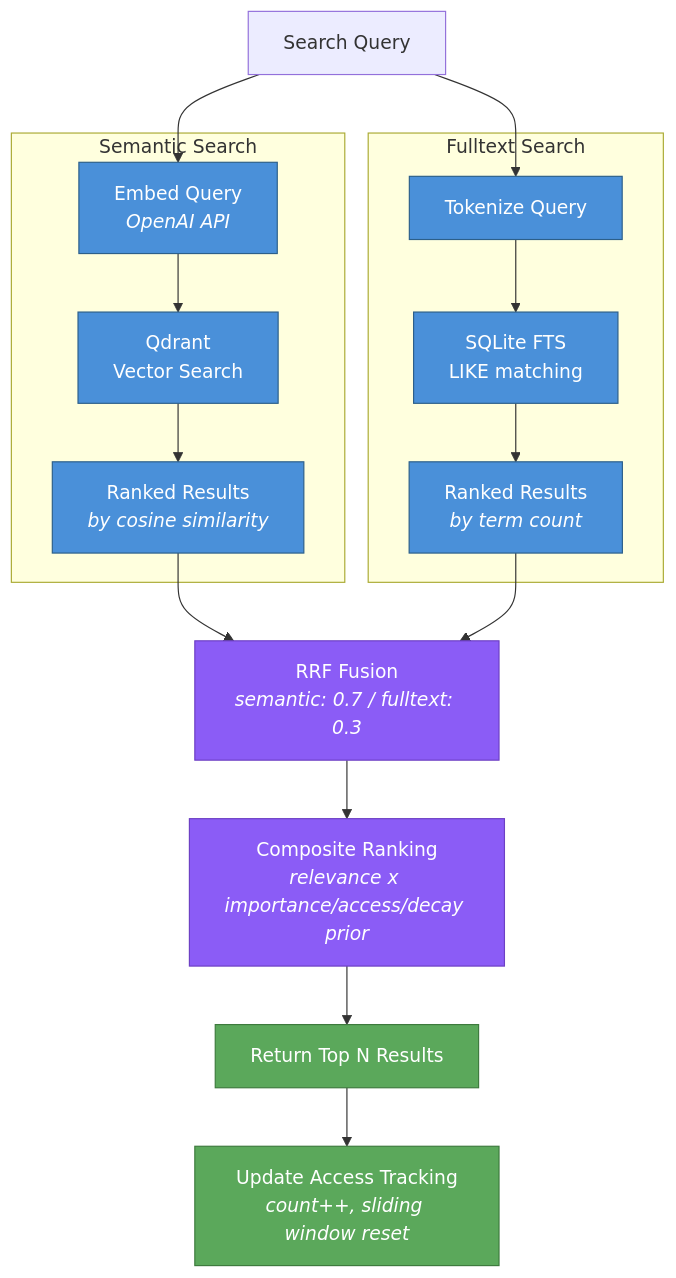
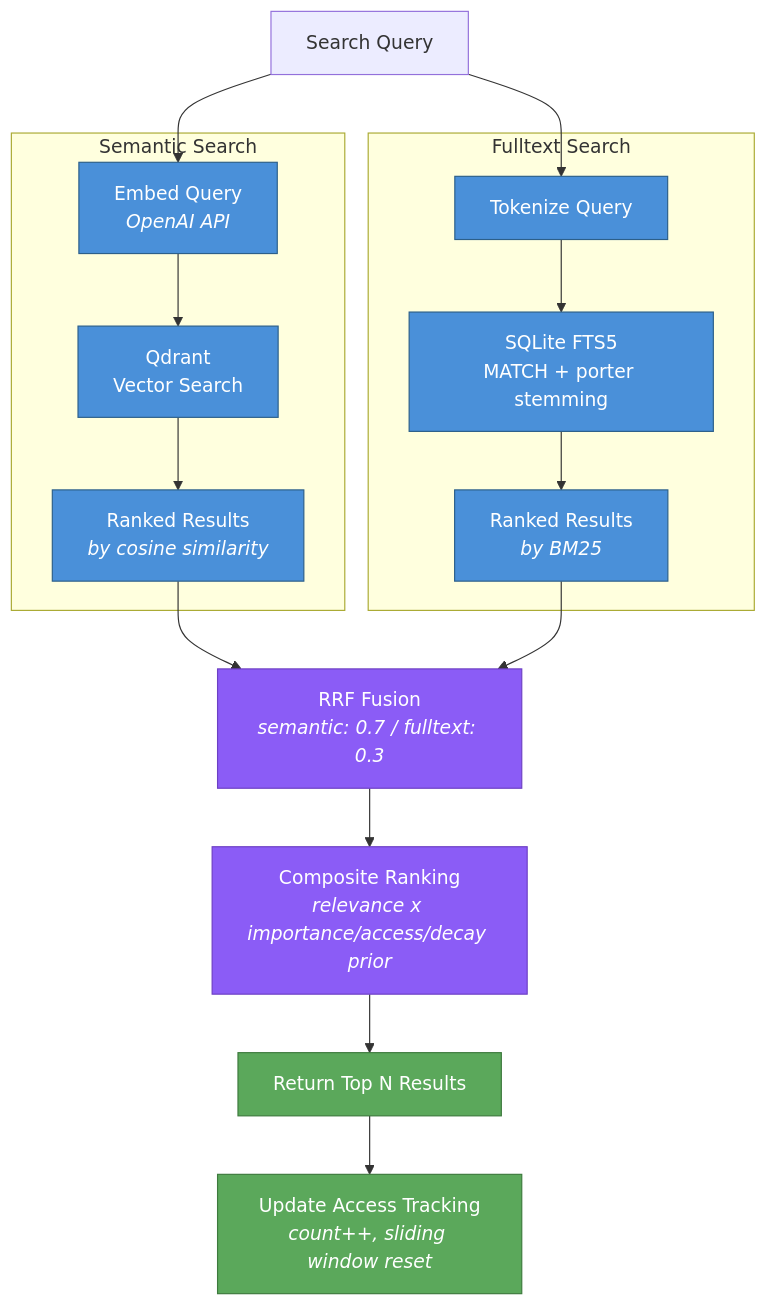
One commit to Big-Hat-Group-Inc/BHGBrain changed the seventh of 8 diagrams in README.de.md. Above: the diagram before and after it, drawn with Mermaid. The commit also changed other lines of this file and 11 other files, not shown here.

````diff
--- a/README.de.md
+++ b/README.de.md
@@ -1915,28 +1917,28 @@
 ```mermaid
 flowchart TD
     Q["Search Query"] --> P1 & P2
 
     subgraph Semantic["Semantic Search"]
         P1["Embed Query<br/><i>OpenAI API</i>"] --> QD["Qdrant<br/>Vector Search"]
         QD --> SR["Ranked Results<br/><i>by cosine similarity</i>"]
     end
 
     subgraph Fulltext["Fulltext Search"]
-        P2["Tokenize Query"] --> FTS["SQLite FTS<br/>LIKE matching"]
-        FTS --> FR["Ranked Results<br/><i>by term count</i>"]
+        P2["Tokenize Query"] --> FTS["SQLite FTS5<br/>MATCH + porter stemming"]
+        FTS --> FR["Ranked Results<br/><i>by BM25</i>"]
     end
 
     SR --> RRF["RRF Fusion<br/><i>semantic: 0.7 / fulltext: 0.3</i>"]
     FR --> RRF
     RRF --> RANK["Composite Ranking<br/><i>relevance x importance/access/decay prior</i>"]
     RANK --> TOP["Return Top N Results"]
     TOP --> TRACK["Update Access Tracking<br/><i>count++, sliding window reset</i>"]
 
     classDef search fill:#4a90d9,stroke:#2c5f8a,color:#fff
     classDef fusion fill:#8b5cf6,stroke:#6d3fc4,color:#fff
     classDef result fill:#5ba85b,stroke:#3d7a3d,color:#fff
 
     class P1,QD,SR,P2,FTS,FR search
     class RRF,RANK fusion
     class TOP,TRACK result
 ```
````
